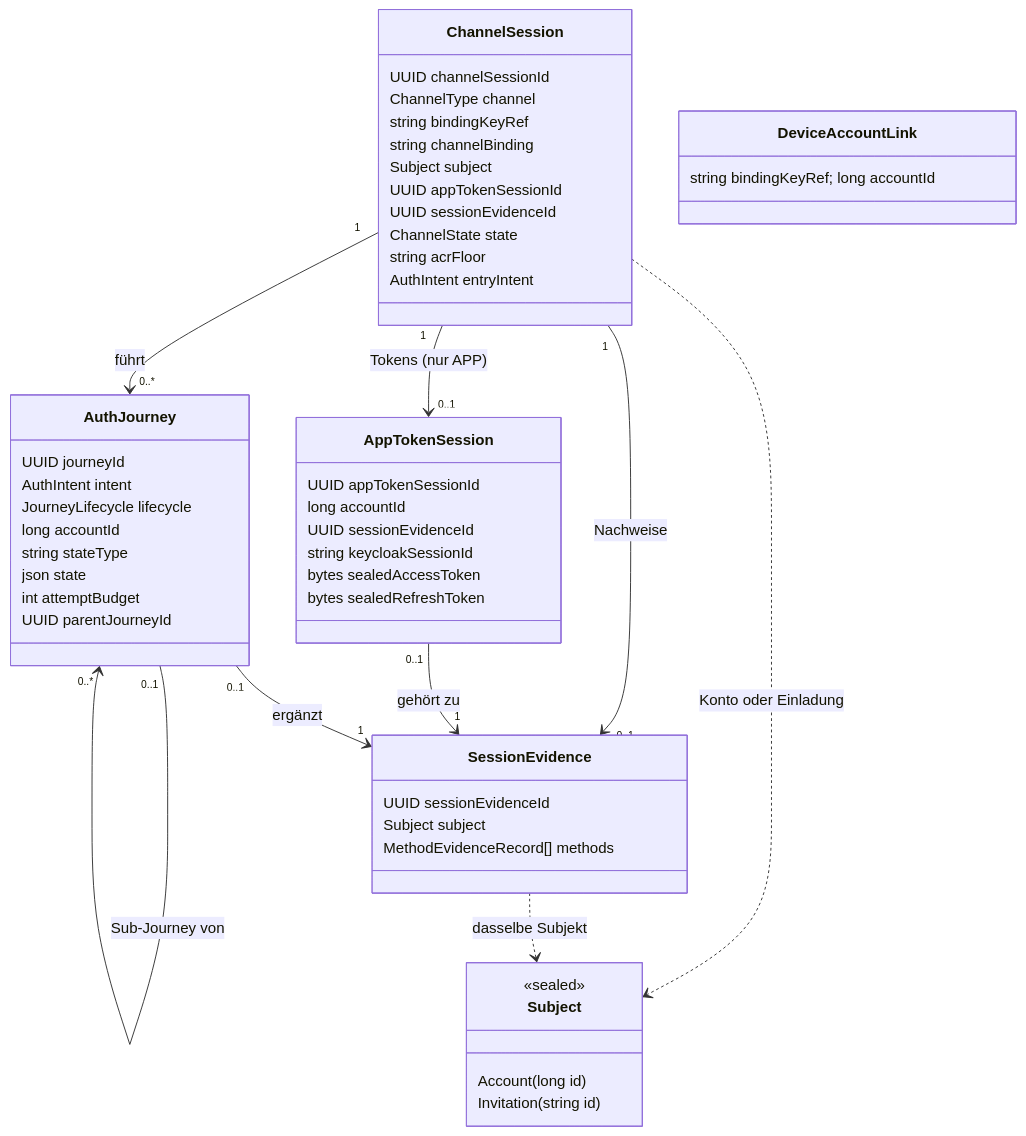
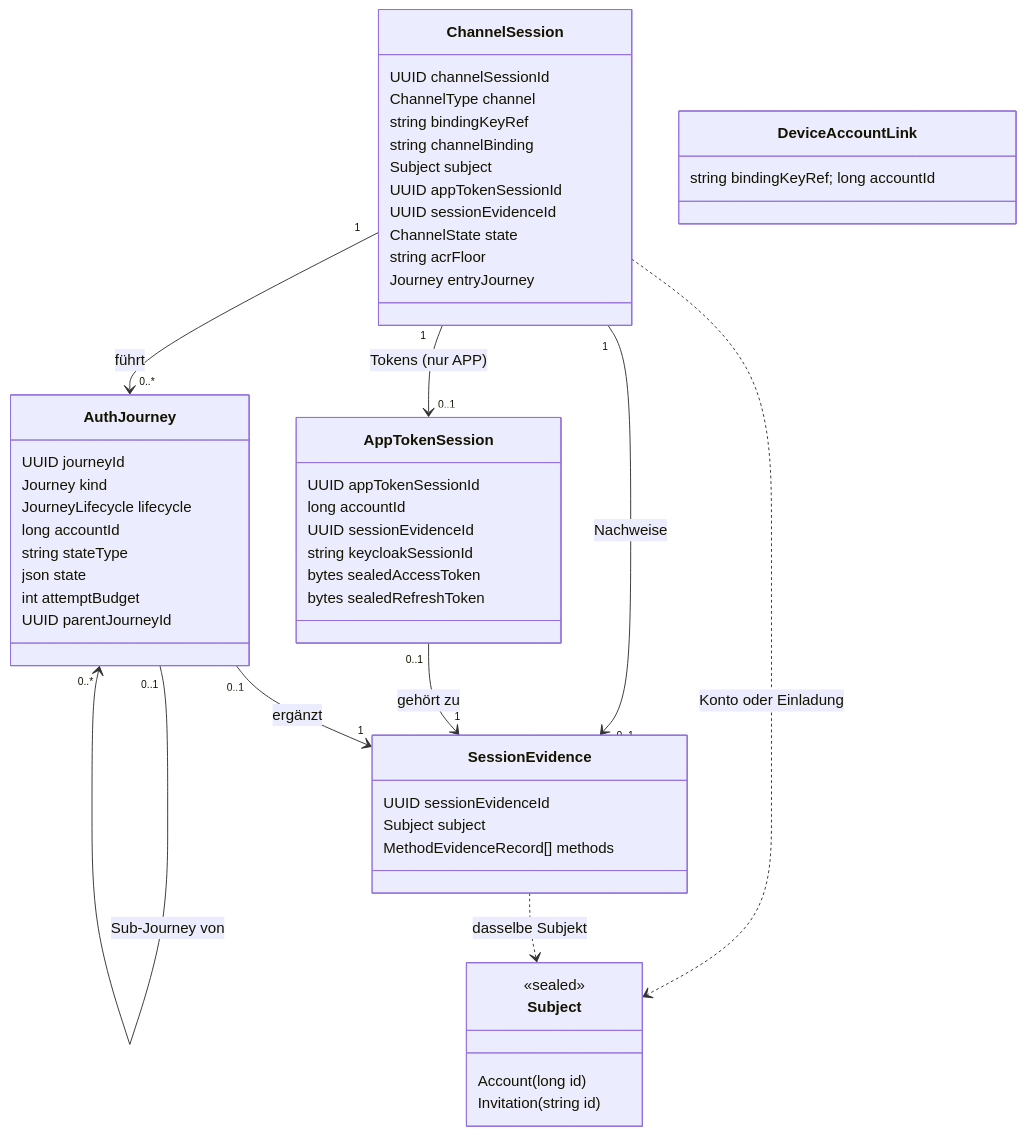
One commit to rpreissel/identity-demo changed the first of 6 diagrams in docs/02-domaenenmodell.md. Above: the diagram before and after it, drawn with Mermaid. The commit also changed other lines of this file and 106 other files, not shown here.

First line of the commit message:
Journeys als Objekte mit Startpunkten statt AuthIntent-Enum und Strategien

````diff
--- a/docs/02-domaenenmodell.md
+++ b/docs/02-domaenenmodell.md
@@ -28,53 +28,53 @@
 ```mermaid
 classDiagram
   class ChannelSession {
     UUID channelSessionId
     ChannelType channel
     string bindingKeyRef
     string channelBinding
     Subject subject
     UUID appTokenSessionId
     UUID sessionEvidenceId
     ChannelState state
     string acrFloor
-    AuthIntent entryIntent
+    Journey entryJourney
   }
   class AuthJourney {
     UUID journeyId
-    AuthIntent intent
+    Journey kind
     JourneyLifecycle lifecycle
     long accountId
     string stateType
     json state
     int attemptBudget
     UUID parentJourneyId
   }
   class DeviceAccountLink { string bindingKeyRef; long accountId }
   class SessionEvidence {
     UUID sessionEvidenceId
     Subject subject
     MethodEvidenceRecord[] methods
   }
   class Subject {
     <<sealed>>
     Account(long id)
     Invitation(string id)
   }
   class AppTokenSession {
     UUID appTokenSessionId
     long accountId
     UUID sessionEvidenceId
     string keycloakSessionId
     bytes sealedAccessToken
     bytes sealedRefreshToken
   }
 
   ChannelSession "1" --> "0..*" AuthJourney : führt
   AuthJourney "0..1" --> "0..*" AuthJourney : Sub-Journey von
   ChannelSession "1" --> "0..1" SessionEvidence : Nachweise
   ChannelSession "1" --> "0..1" AppTokenSession : Tokens (nur APP)
   ChannelSession ..> Subject : Konto oder Einladung
   SessionEvidence ..> Subject : dasselbe Subjekt
   AppTokenSession "0..1" --> "1" SessionEvidence : gehört zu
   AuthJourney "0..1" --> "1" SessionEvidence : ergänzt
 ```
````
